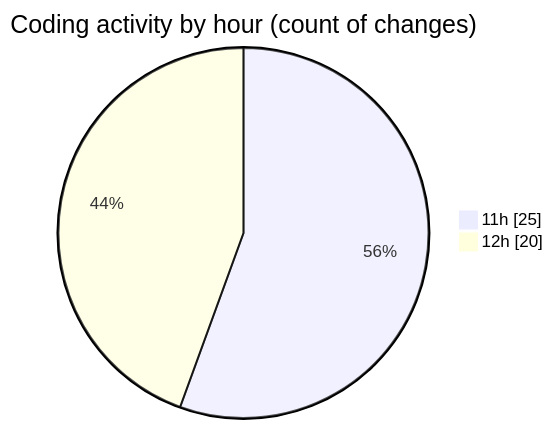
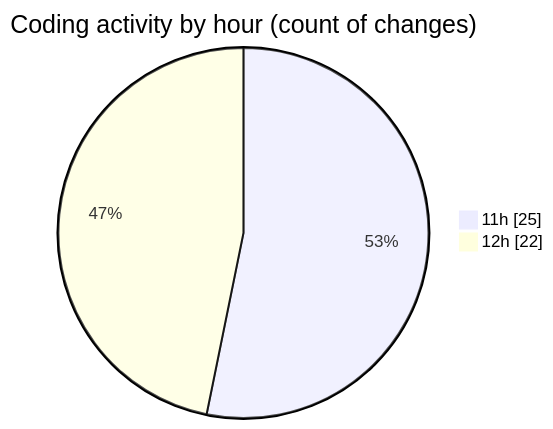
One commit to MatusMokan/code-tracking changed the second of 2 diagrams in 2025-04-12/myws__workspace_/README.md. Above: the diagram before and after it, drawn with Mermaid. The commit also changed other lines of this file and 1 other file, not shown here.

````diff
--- a/2025-04-12/myws__workspace_/README.md
+++ b/2025-04-12/myws__workspace_/README.md
@@ -30,6 +30,6 @@
 ```mermaid
 pie showData
 title Coding activity by hour (count of changes)
 "11h" : 25
-"12h" : 20
+"12h" : 22
 ```
````
